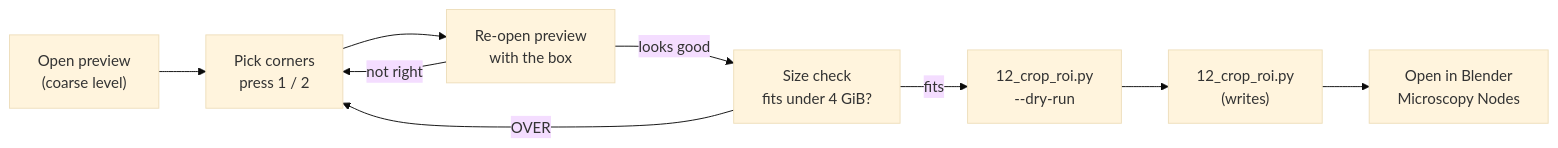
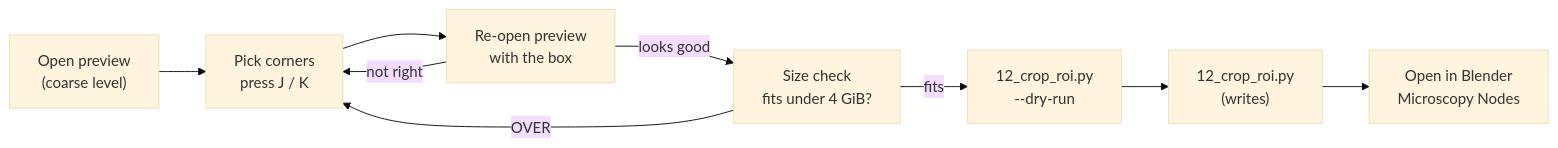
Before and after one commit to JurgenKriel/macro_candi: the diagram in docs/pipeline/04-cropping.md, drawn with Mermaid (base theme). The commit also changed other lines of this file and 8 other files, not shown here.

````diff
--- a/docs/pipeline/04-cropping.md
+++ b/docs/pipeline/04-cropping.md
@@ -27,11 +27,11 @@
 ```mermaid
 flowchart LR
-    a["Open preview<br/>(coarse level)"] --> b["Pick corners<br/>press 1 / 2"]
+    a["Open preview<br/>(coarse level)"] --> b["Pick corners<br/>press J / K"]
     b --> c["Re-open preview<br/>with the box"]
     c -->|not right| b
     c -->|looks good| d["Size check<br/>fits under 4 GiB?"]
     d -->|OVER| b
     d -->|fits| e["12_crop_roi.py<br/>--dry-run"]
     e --> f["12_crop_roi.py<br/>(writes)"]
     f --> g["Open in Blender<br/>Microscopy Nodes"]
 ```
````
